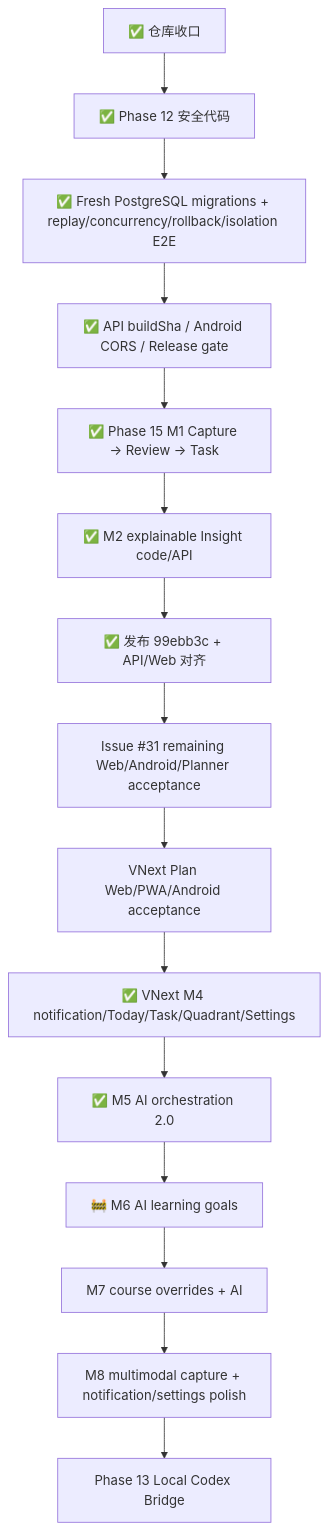
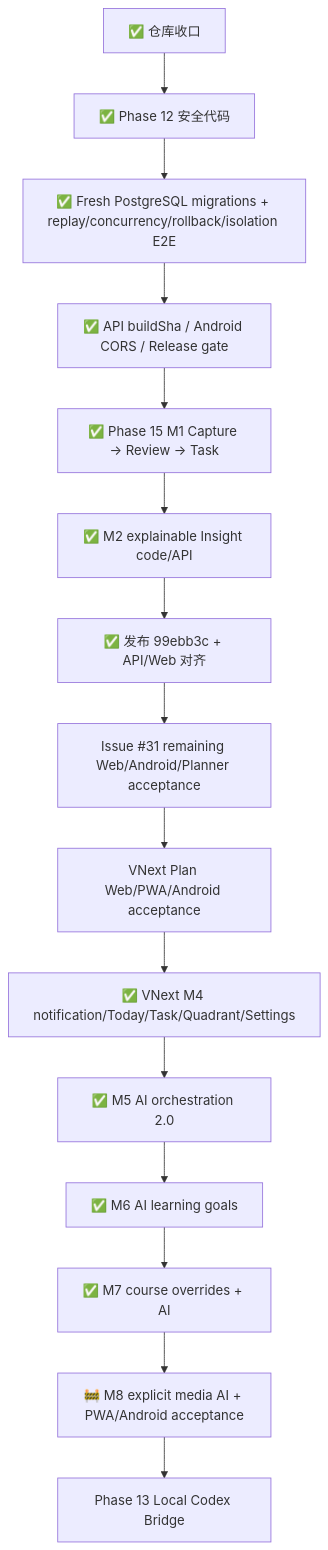
One commit to tiads031-boop/sparkflow changed the second of 2 diagrams in PROJECT_BLUEPRINT.md. Above: the diagram before and after it, drawn with Mermaid. The commit also changed other lines of this file, not shown here.

````diff
--- a/PROJECT_BLUEPRINT.md
+++ b/PROJECT_BLUEPRINT.md
@@ -323,17 +336,17 @@
 ```mermaid
 flowchart TD
     A["✅ 仓库收口"] --> B["✅ Phase 12 安全代码"]
     B --> C["✅ Fresh PostgreSQL migrations + replay/concurrency/rollback/isolation E2E"]
     C --> D["✅ API buildSha / Android CORS / Release gate"]
     D --> E["✅ Phase 15 M1 Capture → Review → Task"]
     E --> F["✅ M2 explainable Insight code/API"]
     F --> G["✅ 发布 99ebb3c + API/Web 对齐"]
     G --> H["Issue #31 remaining Web/Android/Planner acceptance"]
     H --> I["VNext Plan Web/PWA/Android acceptance"]
     I --> K["✅ VNext M4 notification/Today/Task/Quadrant/Settings"]
     K --> L["✅ M5 AI orchestration 2.0"]
-    L --> M["🚧 M6 AI learning goals"]
-    M --> N["M7 course overrides + AI"]
-    N --> O["M8 multimodal capture + notification/settings polish"]
+    L --> M["✅ M6 AI learning goals"]
+    M --> N["✅ M7 course overrides + AI"]
+    N --> O["🚧 M8 explicit media AI + PWA/Android acceptance"]
     O --> J["Phase 13 Local Codex Bridge"]
 ```
````
